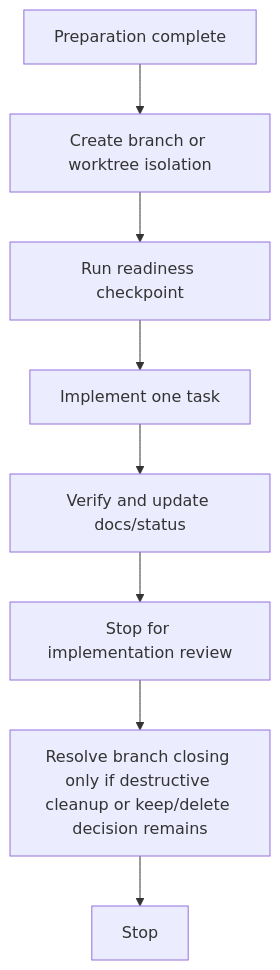
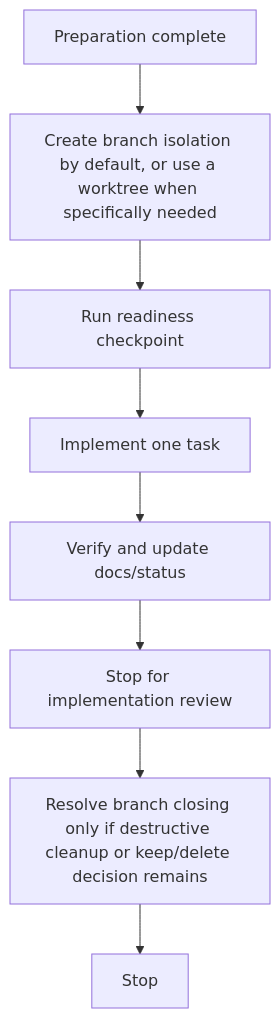
The seventh of 7 diagrams in WORKFLOW-STRUCTURE.md (Adol1111/doc-driven-spec-workflow), drawn with Mermaid before and after one commit. The commit also changed other lines of this file and 2 other files, not shown here.

Commit message:
fix(workflow): clarify branch and plan defaults

````diff
--- a/WORKFLOW-STRUCTURE.md
+++ b/WORKFLOW-STRUCTURE.md
@@ -273,19 +273,19 @@
 ```mermaid
 flowchart TD
     Ready[Preparation complete]
-    Isolation[Create branch or worktree isolation]
+    Isolation[Create branch isolation by default, or use a worktree when specifically needed]
     Readiness[Run readiness checkpoint]
     Code[Implement one task]
     Verify[Verify and update docs/status]
     WrapReview[Stop for implementation review]
     Closing[Resolve branch closing only if destructive cleanup or keep/delete decision remains]
     Stop[Stop]
 
     Ready --> Isolation
     Isolation --> Readiness
     Readiness --> Code
     Code --> Verify
     Verify --> WrapReview
     WrapReview --> Closing
     Closing --> Stop
 ```
````
